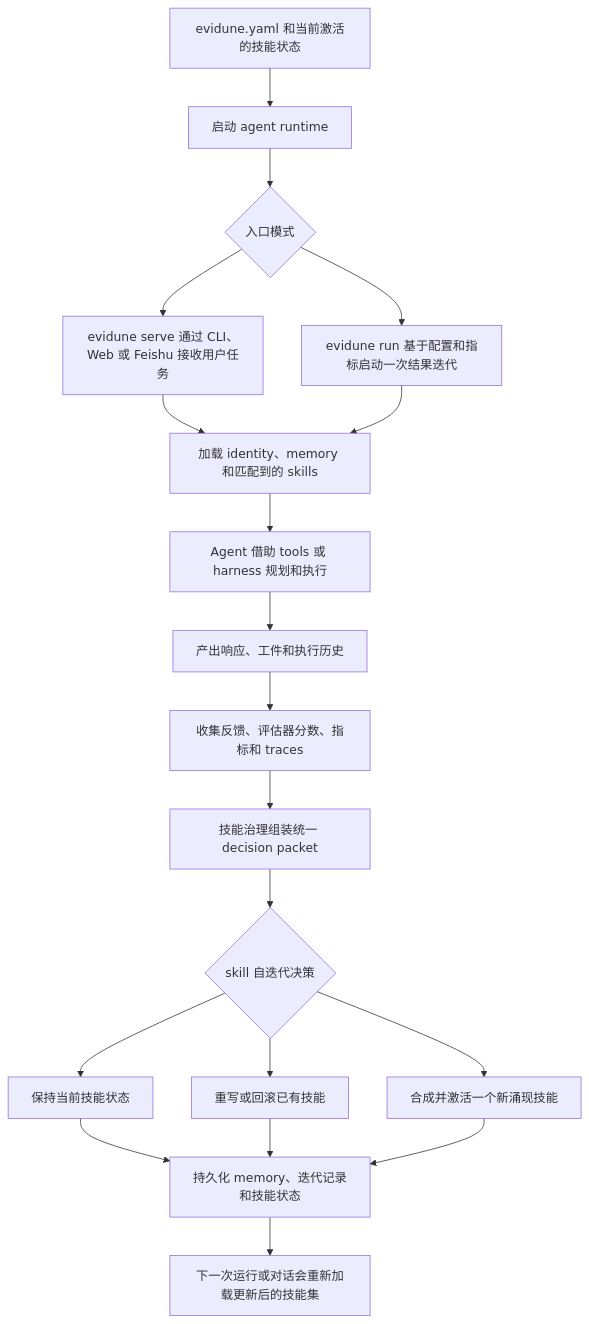
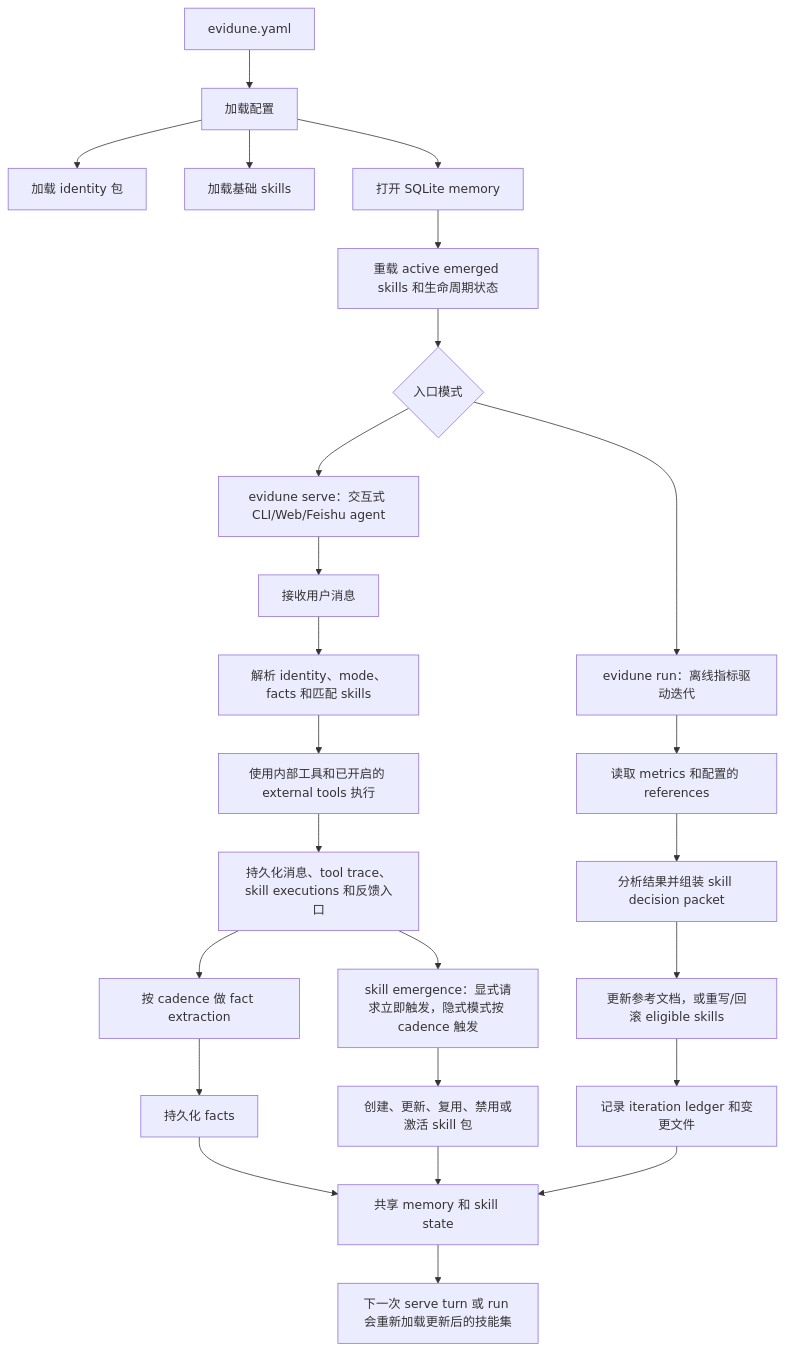
Before and after one commit to Evidune/Evidune: the diagram in README.zh-CN.md, drawn with Mermaid. The commit also changed other lines of this file and 10 other files, not shown here.

````diff
--- a/README.zh-CN.md
+++ b/README.zh-CN.md
@@ -58,25 +91,32 @@
 ```mermaid
 flowchart TD
-    A["evidune.yaml 和当前激活的技能状态"] --> B["启动 agent runtime"]
-    B --> C{"入口模式"}
+    A["evidune.yaml"] --> B["加载配置"]
+    B --> C["加载 identity 包"]
+    B --> D["加载基础 skills"]
+    B --> E["打开 SQLite memory"]
+    E --> F["重载 active emerged skills 和生命周期状态"]
 
-    C --> D["evidune serve 通过 CLI、Web 或 Feishu 接收用户任务"]
-    C --> E["evidune run 基于配置和指标启动一次结果迭代"]
+    F --> G{"入口模式"}
 
-    D --> F["加载 identity、memory 和匹配到的 skills"]
-    E --> F
-    F --> G["Agent 借助 tools 或 harness 规划和执行"]
-    G --> H["产出响应、工件和执行历史"]
-    H --> I["收集反馈、评估器分数、指标和 traces"]
-    I --> J["技能治理组装统一 decision packet"]
-    J --> K{"skill 自迭代决策"}
+    G --> H["evidune serve：交互式 CLI/Web/Feishu agent"]
+    H --> I["接收用户消息"]
+    I --> J["解析 identity、mode、facts 和匹配 skills"]
+    J --> K["使用内部工具和已开启的 external tools 执行"]
+    K --> L["持久化消息、tool trace、skill executions 和反馈入口"]
+    L --> M["按 cadence 做 fact extraction"]
+    L --> N["skill emergence：显式请求立即触发，隐式模式按 cadence 触发"]
 
-    K --> L["保持当前技能状态"]
-    K --> M["重写或回滚已有技能"]
-    K --> N["合成并激活一个新涌现技能"]
+    G --> O["evidune run：离线指标驱动迭代"]
+    O --> P["读取 metrics 和配置的 references"]
+    P --> Q["分析结果并组装 skill decision packet"]
+    Q --> R["更新参考文档，或重写/回滚 eligible skills"]
 
-    L --> O["持久化 memory、迭代记录和技能状态"]
-    M --> O
-    N --> O
-    O --> P["下一次运行或对话会重新加载更新后的技能集"]
+    M --> S["持久化 facts"]
+    N --> T["创建、更新、复用、禁用或激活 skill 包"]
+    R --> U["记录 iteration ledger 和变更文件"]
+
+    S --> V["共享 memory 和 skill state"]
+    T --> V
+    U --> V
+    V --> W["下一次 serve turn 或 run 会重新加载更新后的技能集"]
 ```
````
